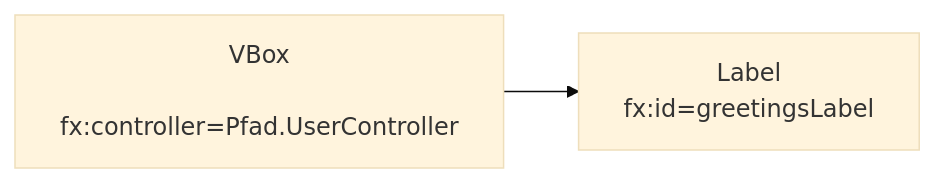
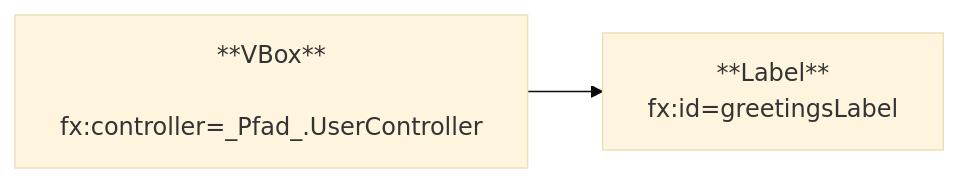
One commit to jappuccini/java-docs changed the third of 3 diagrams in docs/exercises/javafx/javafx06.md. Above: the diagram before and after it, drawn with Mermaid (base theme). The commit also changed other lines of this file and 7 other files, not shown here.

Commit message:
Fix Mermaid for JavaFX Exercises

````diff
--- a/docs/exercises/javafx/javafx06.md
+++ b/docs/exercises/javafx/javafx06.md
@@ -96,9 +90,8 @@
 ```mermaid
 flowchart LR
-	vbox[VBox
-	     fx:controller=Pfad.UserController]
-	label[Label
-	      fx:id=greetingsLabel]
-
-    vbox --> label
+   vbox[**VBox**
+   fx:controller=_Pfad_.UserController]
+   label[**Label**
+   fx:id=greetingsLabel]
+   vbox --> label
 ```
````
